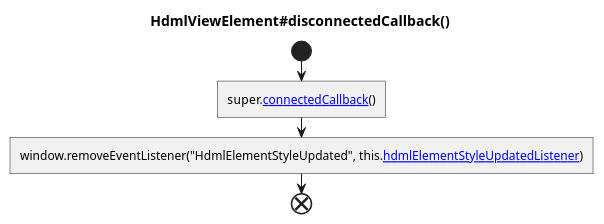
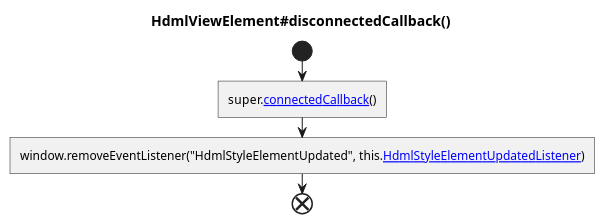
Before and after one commit to hdml-github/hdml-github.github.io: diagram 23 of 32 in puml/renderer.puml, drawn with PlantUML. The commit also changed other lines of this file and 8 other files, not shown here.

```diff
--- a/puml/renderer.puml
+++ b/puml/renderer.puml
@@ -549,8 +614,8 @@
 @startuml HdmlViewElement_disconnectedCallback
   title HdmlViewElement#disconnectedCallback()
 
   start
     :super.[[./AbstractStyleElement_disconnectedCallback.svg connectedCallback]]()]
-    :window.removeEventListener("HdmlElementStyleUpdated", this.[[./HdmlViewElement_hdmlElementStyleUpdatedListener.svg hdmlElementStyleUpdatedListener]])]
+    :window.removeEventListener("HdmlStyleElementUpdated", this.[[./HdmlViewElement_HdmlStyleElementUpdatedListener.svg HdmlStyleElementUpdatedListener]])]
   end
 @enduml
```
